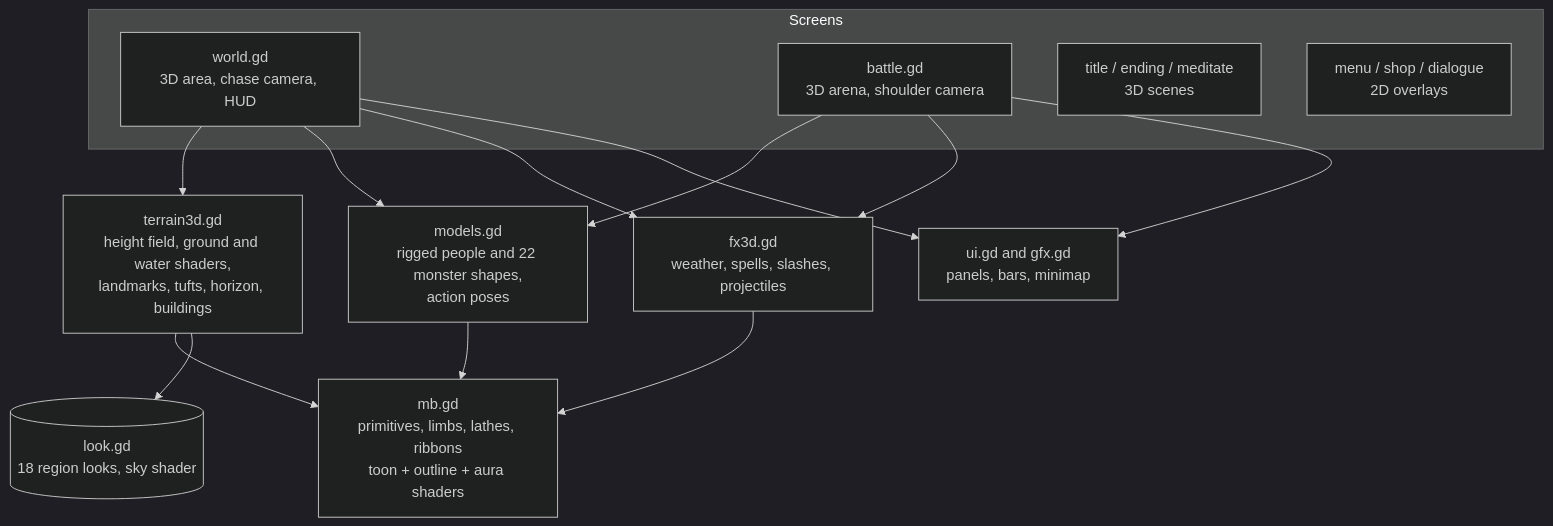
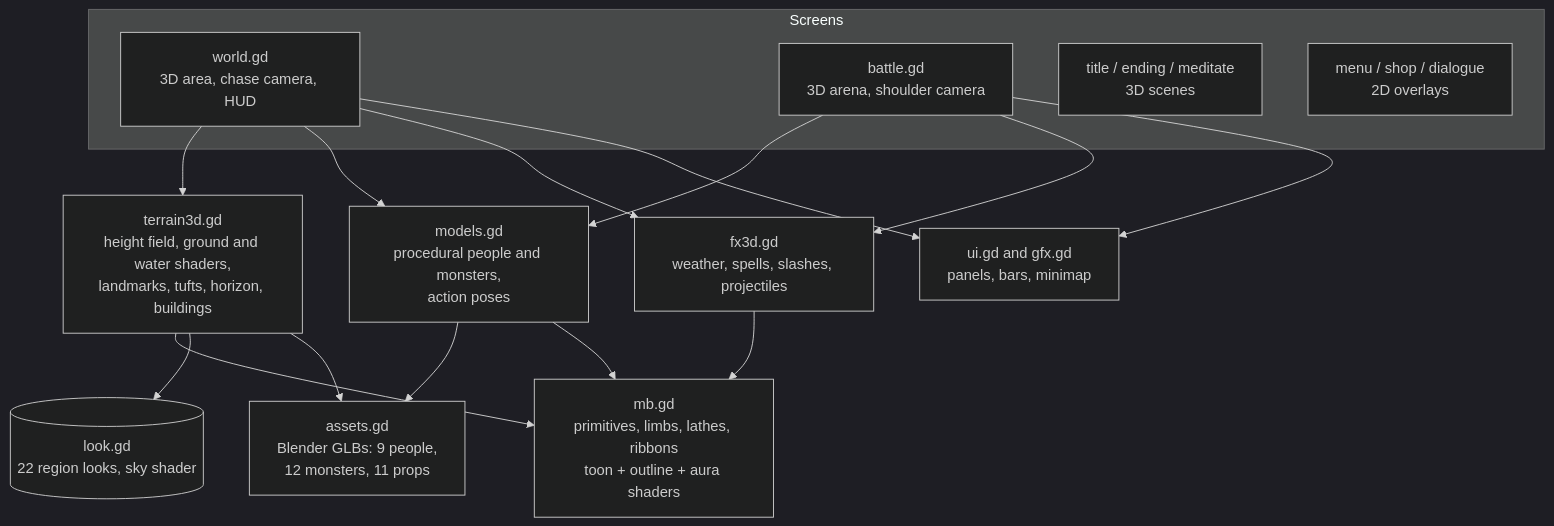
Before and after one commit to jgyy/timegox: the fifth of 6 diagrams in README.md, drawn with Mermaid (dark theme). The commit also changed other lines of this file and 127 other files, not shown here.

Commit message:
Blender asset pipeline, graphics code doubled, Part V (+1 hour), bug fixes (#5)

````diff
--- a/README.md
+++ b/README.md
@@ -227,20 +280,22 @@
 ```mermaid
 flowchart TD
     subgraph Screens
         W[world.gd<br/>3D area, chase camera, HUD]
         B[battle.gd<br/>3D arena, shoulder camera]
         T[title / ending / meditate<br/>3D scenes]
         M[menu / shop / dialogue<br/>2D overlays]
     end
     W --> TER[terrain3d.gd<br/>height field, ground and water shaders,<br/>landmarks, tufts, horizon, buildings]
-    W --> MOD[models.gd<br/>rigged people and 22 monster shapes,<br/>action poses]
+    W --> MOD[models.gd<br/>procedural people and monsters,<br/>action poses]
+    MOD --> AS[assets.gd<br/>Blender GLBs: 9 people,<br/>12 monsters, 11 props]
     B --> MOD
     B --> FX[fx3d.gd<br/>weather, spells, slashes, projectiles]
     W --> FX
     TER --> MB[mb.gd<br/>primitives, limbs, lathes, ribbons<br/>toon + outline + aura shaders]
     MOD --> MB
     FX --> MB
-    TER --> LK[(look.gd<br/>18 region looks, sky shader)]
+    TER --> LK[(look.gd<br/>22 region looks, sky shader)]
+    TER --> AS
     W --> UI[ui.gd and gfx.gd<br/>panels, bars, minimap]
     B --> UI
 ```
````
